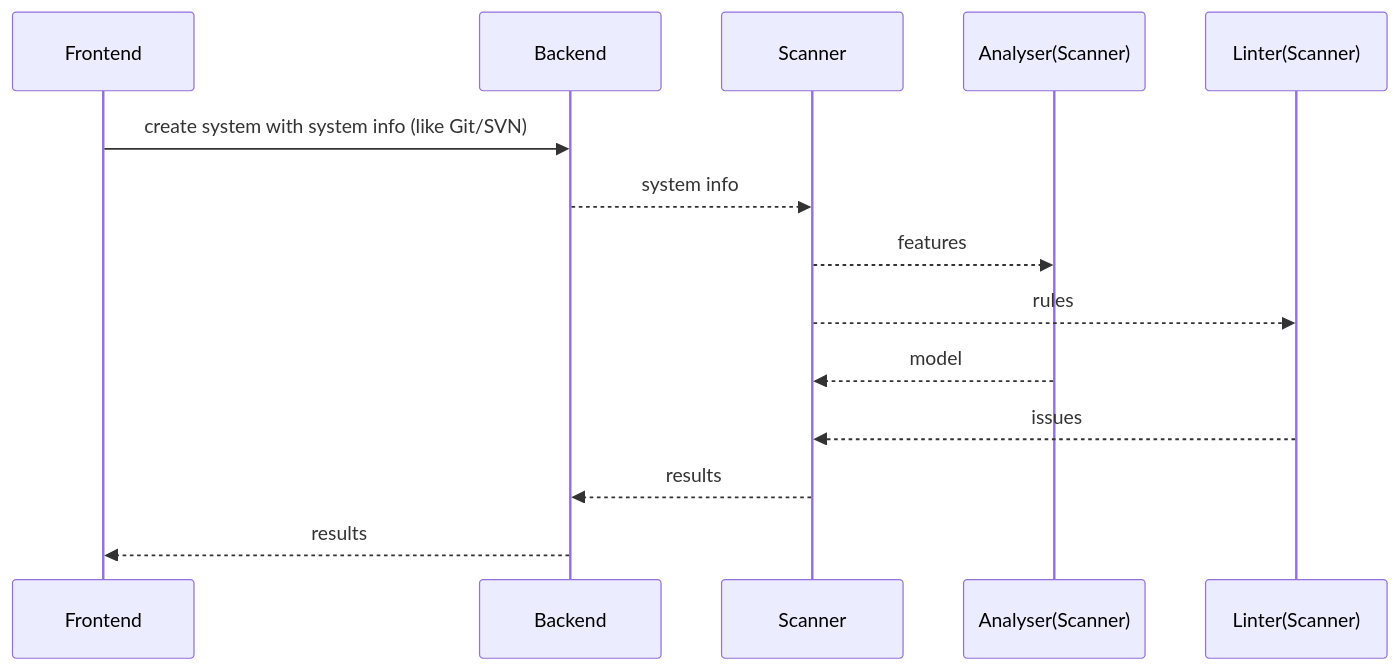
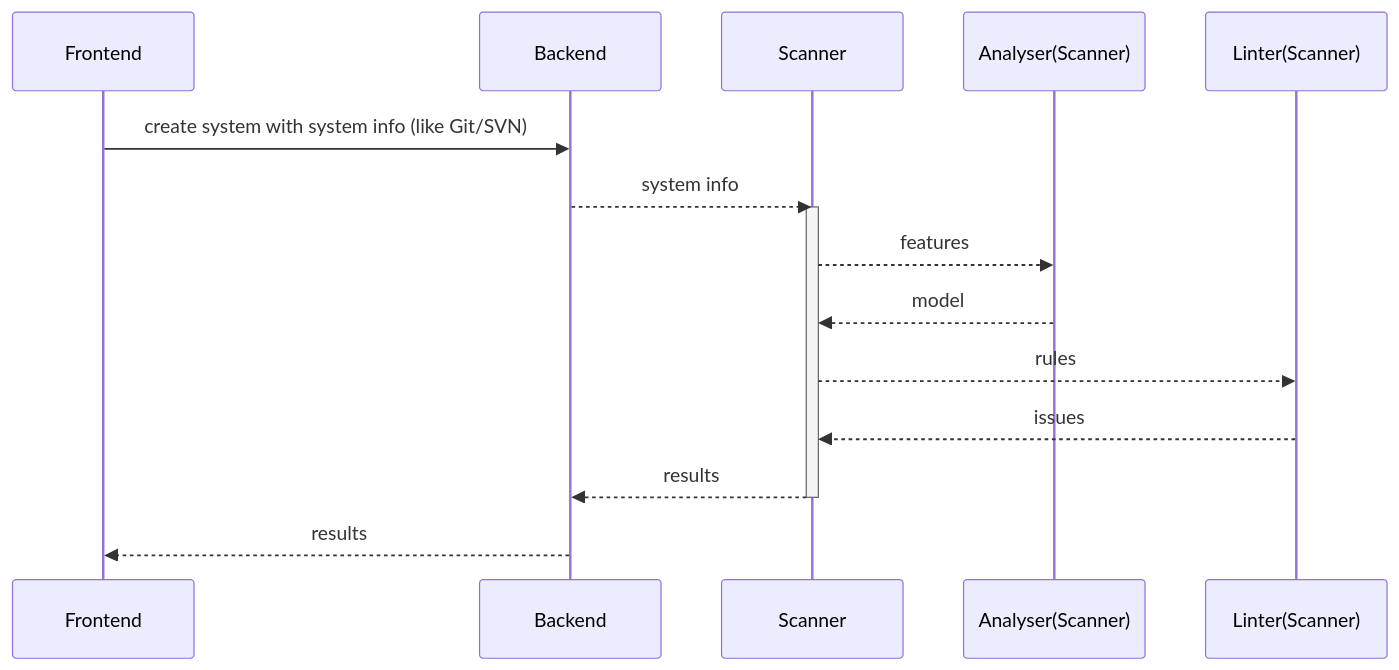
One commit to archguard/.github changed the diagram in profile/README.md. Above: the diagram before and after it, drawn with Mermaid.

````diff
--- a/profile/README.md
+++ b/profile/README.md
@@ -7,11 +7,13 @@
 ```mermaid
 sequenceDiagram
     Frontend->>Backend: create system with system info (like Git/SVN)
     Backend-->>Scanner: system info
+    activate Scanner
     Scanner-->>Analyser(Scanner): features
+    Analyser(Scanner)-->>Scanner: model
     Scanner-->>Linter(Scanner): rules
-    Analyser(Scanner)-->>Scanner: model
     Linter(Scanner)-->>Scanner: issues
     Scanner-->>Backend: results
+    deactivate Scanner
     Backend-->>Frontend: results
 ```
````
